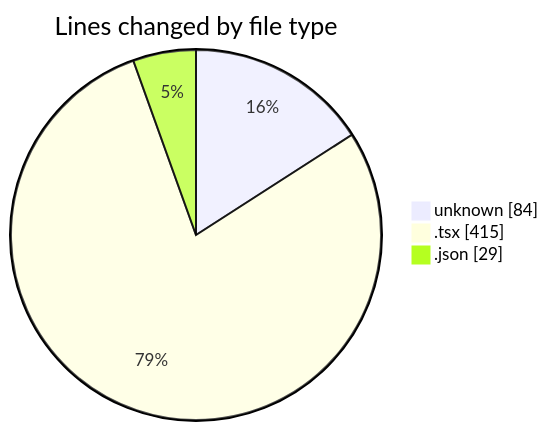
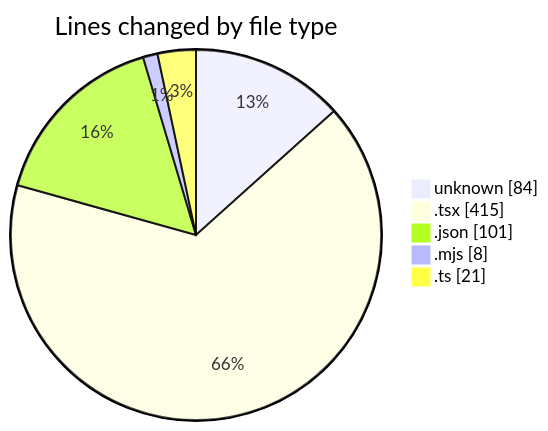
One commit to Elitesun/code-tracking changed the first of 2 diagrams in 2025-05-15/niten/README.md. Above: the diagram before and after it, drawn with Mermaid. The commit also changed other lines of this file and 1 other file, not shown here.

````diff
--- a/2025-05-15/niten/README.md
+++ b/2025-05-15/niten/README.md
@@ -24,7 +27,9 @@
 ```mermaid
 pie showData
 title Lines changed by file type
 "unknown" : 84
 ".tsx" : 415
-".json" : 29
+".json" : 101
+".mjs" : 8
+".ts" : 21
 ```
````
